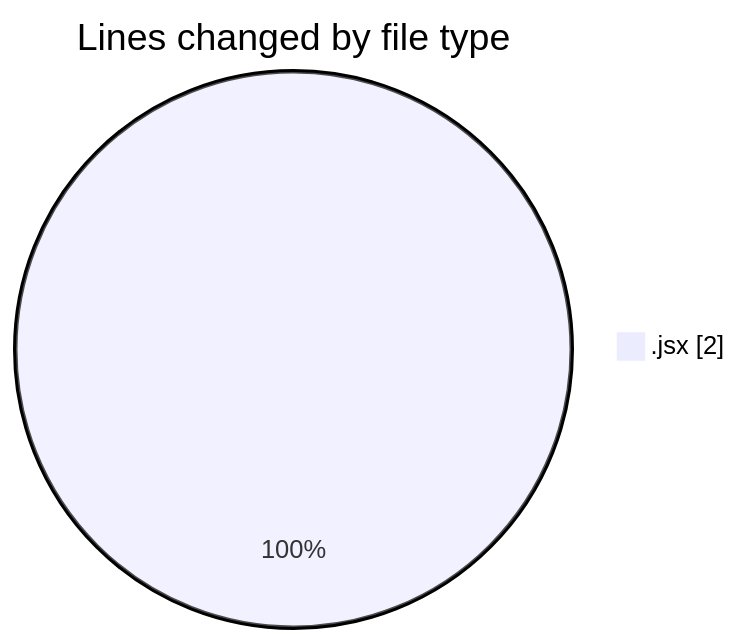
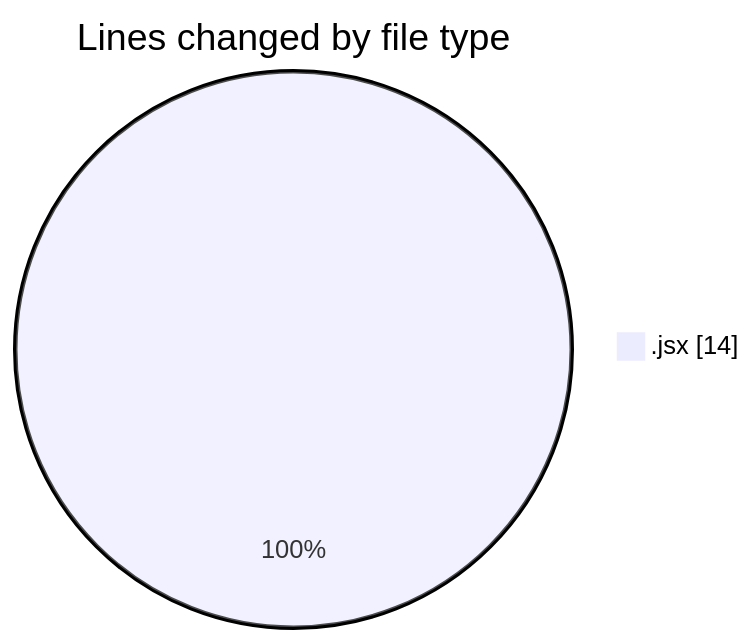
The first of 2 diagrams in 2025-06-17/nxtqube_webapp/README.md (nxtqubesakshisongat/code-tracking), drawn with Mermaid before and after one commit. The commit also changed other lines of this file and 1 other file, not shown here.

````diff
--- a/2025-06-17/nxtqube_webapp/README.md
+++ b/2025-06-17/nxtqube_webapp/README.md
@@ -20,5 +20,5 @@
 ```mermaid
 pie showData
 title Lines changed by file type
-".jsx" : 2
+".jsx" : 14
 ```
````
